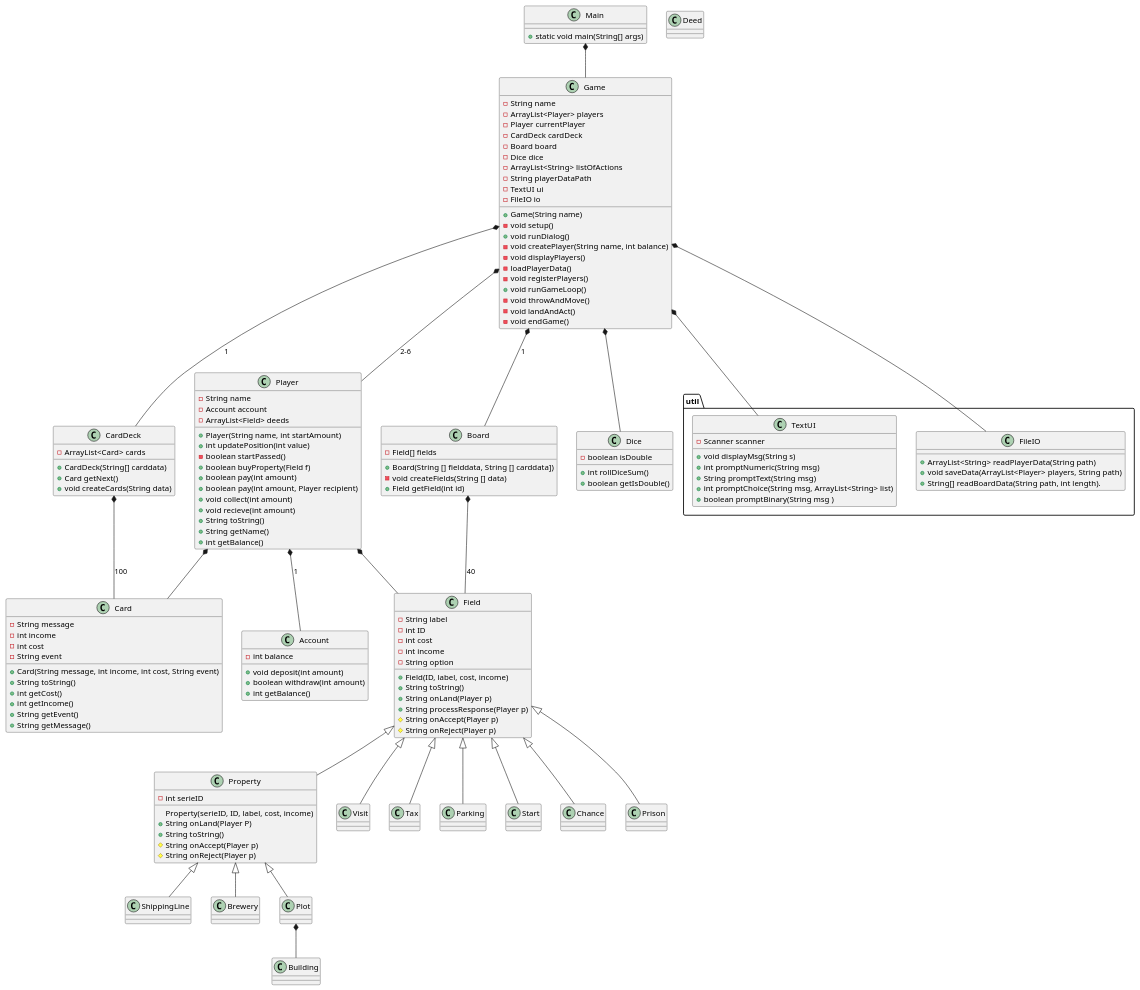
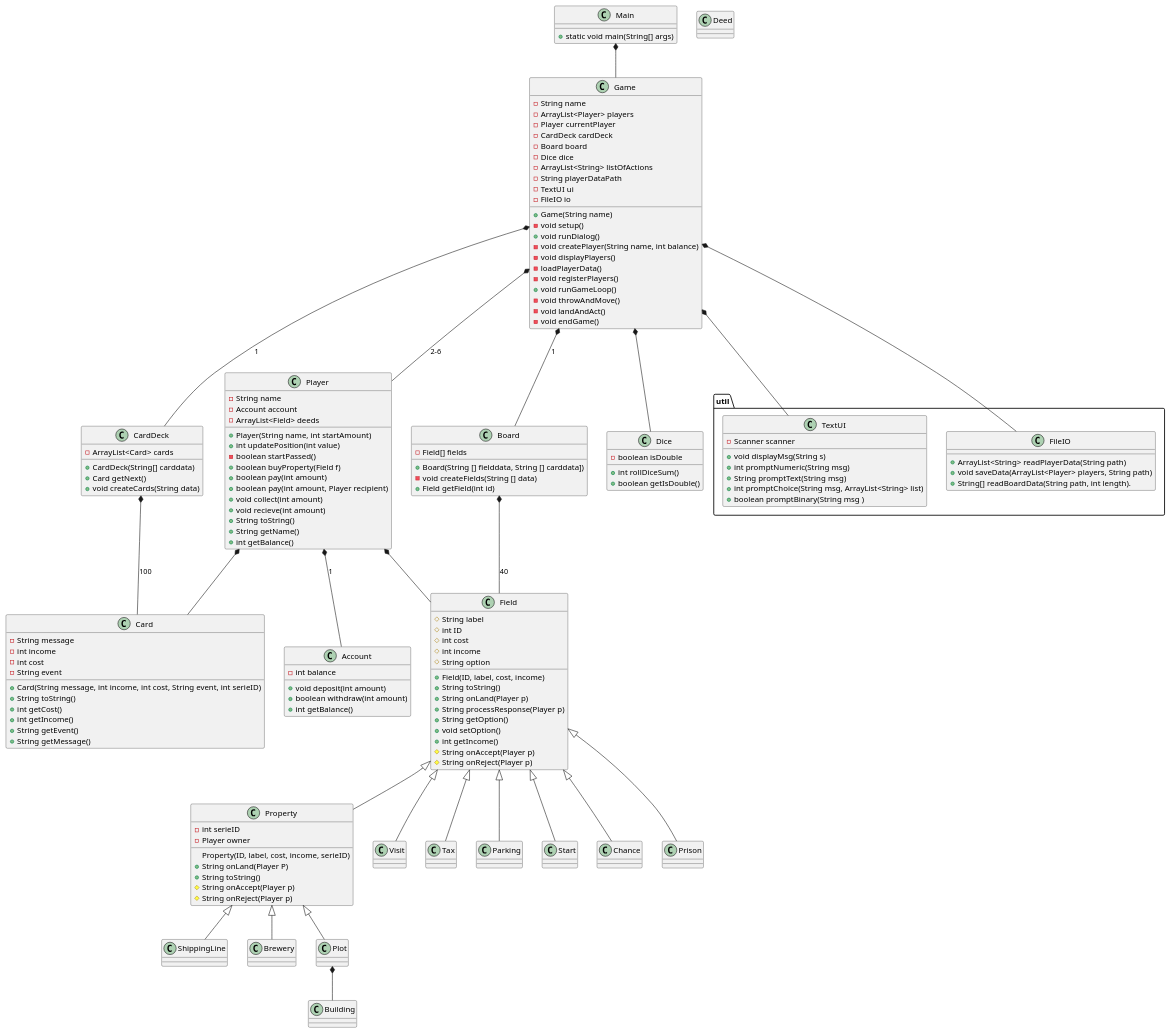
One commit to Dat1Cphbusiness/MonopolyE24 changed the diagram in doc/Plan/static/classdiagram_v2.puml. Above: the diagram before and after it, drawn with PlantUML. The commit also changed 10 other files, not shown here.

Commit message:
update to Field and subclasses + classdiagram

```diff
--- a/doc/Plan/static/classdiagram_v2.puml
+++ b/doc/Plan/static/classdiagram_v2.puml
@@ -1,168 +1,172 @@
 @startuml
 class Main{
 + static void main(String[] args)
 }
 
 
 
 
 class Game{
  - String name
  - ArrayList<Player> players
  - Player currentPlayer
  - CardDeck cardDeck
  - Board board
  - Dice dice
  'utilities
   - ArrayList<String> listOfActions
   - String playerDataPath
   - TextUI ui
   - FileIO io
   'Contructor
  + Game(String name)
  'Methods
  - void setup()
  + void runDialog()
  - void createPlayer(String name, int balance)
  - void displayPlayers()
   - loadPlayerData()
  - void registerPlayers()
  + void runGameLoop()
  - void throwAndMove()
  - void landAndAct()
  - void endGame()
 
 }
 
 class Player{
 - String name
 - Account account
 - ArrayList<Field> deeds
 + Player(String name, int startAmount)
 + int updatePosition(int value)
 - boolean startPassed()
 + boolean buyProperty(Field f)
 + boolean pay(int amount)
 + boolean pay(int amount, Player recipient)
 + void collect(int amount)
 + void recieve(int amount)
 + String toString()
 + String getName()
 + int getBalance()
 }
 class Account{
 - int balance
 + void deposit(int amount)
 + boolean withdraw(int amount)
 + int getBalance()
 }
 
 
 
 
 class Field{
-- String label
- - int ID
- - int cost
- - int income
- - String option
+ # String label
+ # int ID
+ # int cost
+ # int income
+ #String option
  + Field(ID, label, cost, income)
  + String toString()
  + String onLand(Player p)
  + String processResponse(Player p)
+ + String getOption()
+ + void setOption()
+ + int getIncome()
  # String onAccept(Player p)
  # String onReject(Player p)
 }
-Class Property{
+class Property{
 - int serieID
-Property(serieID, ID, label, cost, income)
+- Player owner
+Property(ID, label, cost, income, serieID)
 +String onLand(Player P)
 +String toString()
 #String onAccept(Player p)
 #String onReject(Player p)
 }
 class Board{
  - Field[] fields
  + Board(String [] fielddata, String [] carddata])
  - void createFields(String [] data)
  + Field getField(int id)
 }
 
 class CardDeck {
 - ArrayList<Card> cards
 + CardDeck(String[] carddata)
 + Card getNext()
 + void createCards(String data)
 }
 class Card{
 -String message
 -int income
 -int cost
 -String event
-+Card(String message, int income, int cost, String event)
++Card(String message, int income, int cost, String event, int serieID)
 +String toString()
 + int getCost()
 + int getIncome()
 + String getEvent()
 + String getMessage()
 }
 
 class Dice{
  - boolean isDouble
  +int rollDiceSum()
  +boolean getIsDouble()
  }
  class Visit
  class Tax
  class Parking
  class Start
  class Chance
  class ShippingLine
  class Brewery
  class Building
  class Deed
  class Plot
 
 package "util" {
 class TextUI{
 - Scanner scanner
 + void displayMsg(String s)
 + int promptNumeric(String msg)
 + String promptText(String msg)
 + int promptChoice(String msg, ArrayList<String> list)
 + boolean promptBinary(String msg )
 }
 class FileIO{
 + ArrayList<String> readPlayerData(String path)
 + void saveData(ArrayList<Player> players, String path)
 + String[] readBoardData(String path, int length).
 }
 }
 
 Game *-- TextUI
 Main *-- Game
 Game *-- Player: 2-6
 Game *-- FileIO
 Player *-- Account:1
 Game *-- Board:1
 Board *-- Field:40
 Game *-- CardDeck:1
 CardDeck *-- Card:100
 Game *-- Dice
 Player *-- Card
 Player *-- Field
 Field <|-- Property
 Field <|-- Visit
 Field <|-- Tax
 Field <|-- Chance
 Field <|-- Parking
 Field <|-- Start
 Field <|-- Prison
 Property <|-- ShippingLine
 Property <|-- Brewery
 Property <|-- Plot
 Plot *-- Building
 
 
 
 @enduml
```
